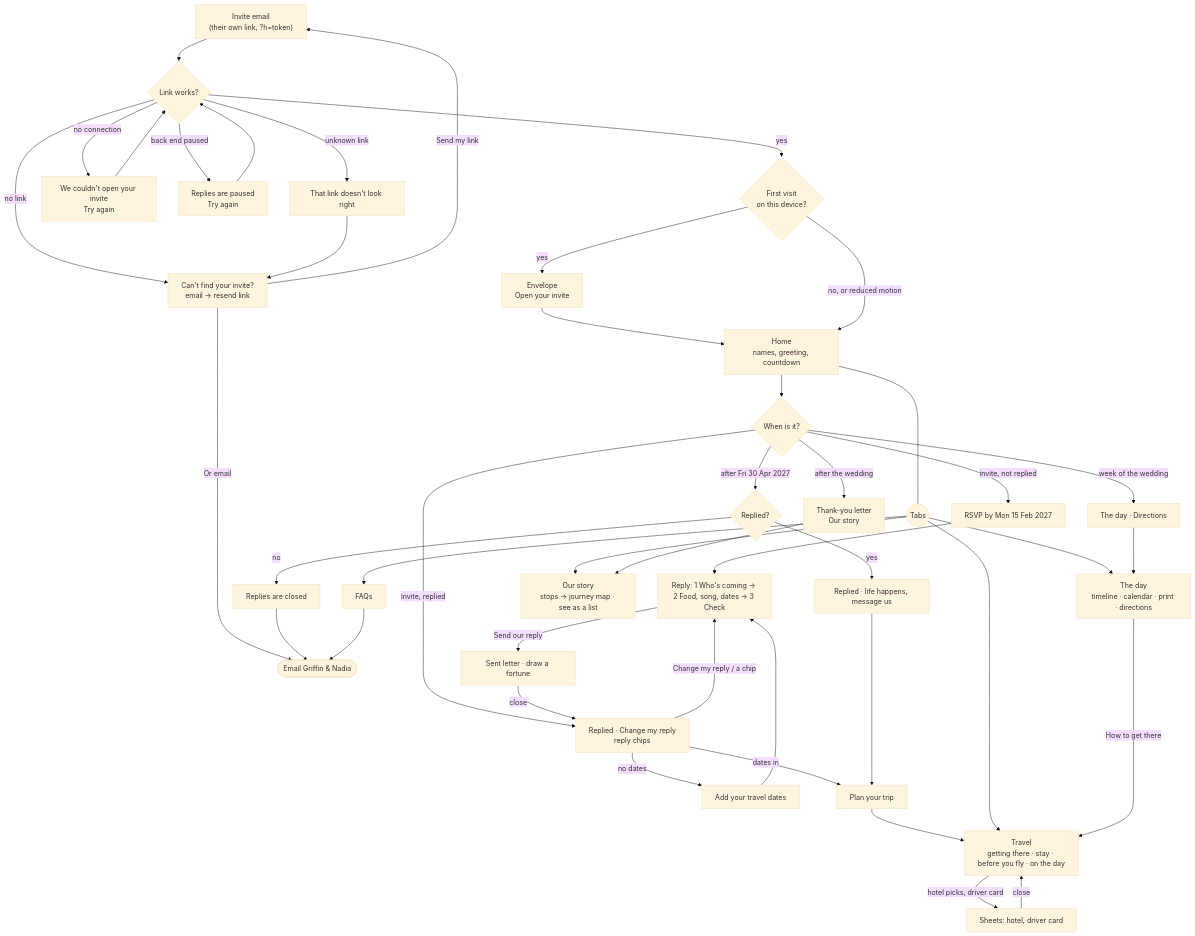
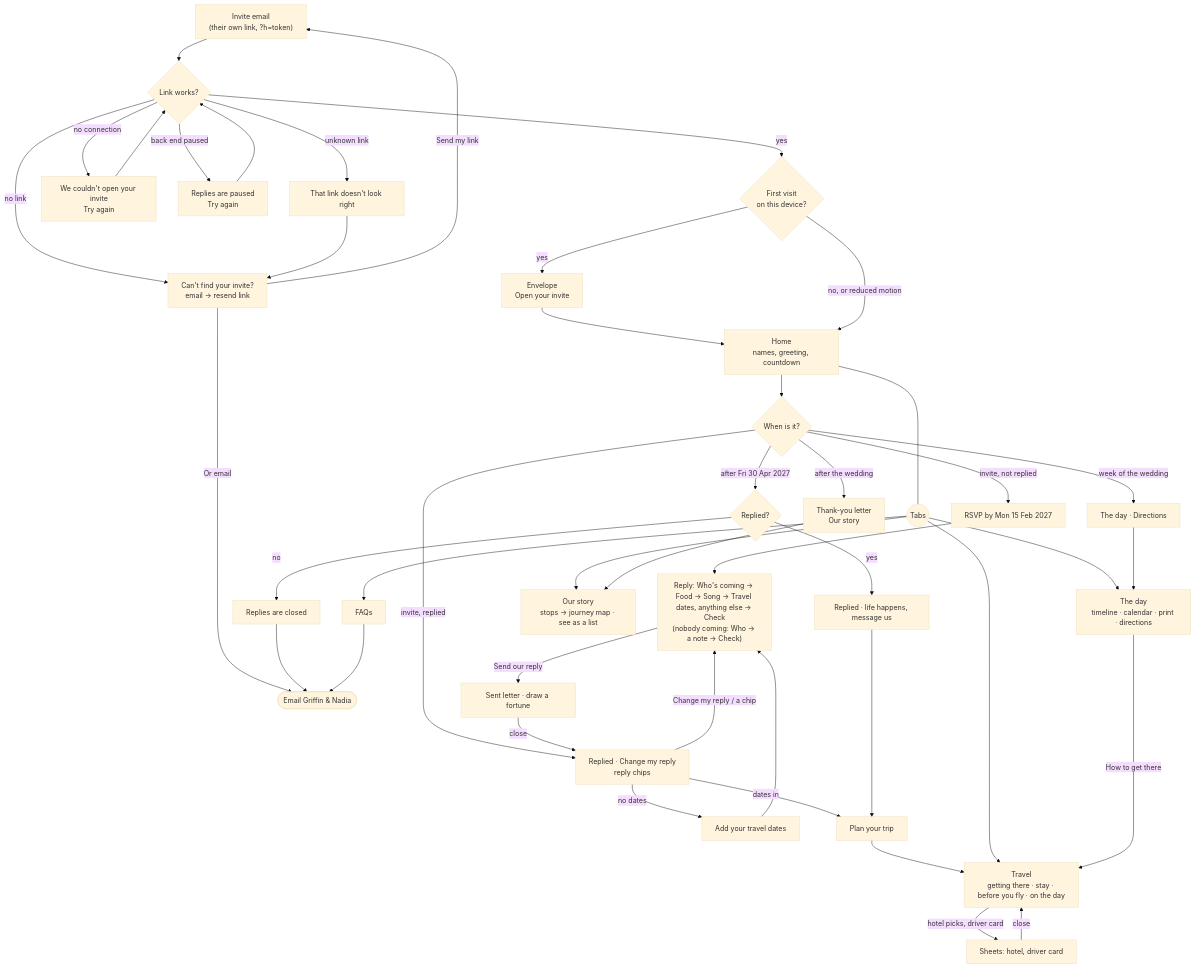
Before and after one commit to griffin-nadia/wedding: the diagram in docs/journey-map.md, drawn with Mermaid (base theme). The commit also changed other lines of this file and 3 other files, not shown here.

````diff
--- a/docs/journey-map.md
+++ b/docs/journey-map.md
@@ -6,40 +6,40 @@
 ```mermaid
 flowchart TD
   email["Invite email<br/>(their own link, ?h=token)"] --> link{Link works?}
   link -- "no link" --> notFound["Can't find your invite?<br/>email → resend link"]
   link -- "unknown link" --> unknown["That link doesn't look right"] --> notFound
   link -- "no connection" --> offline["We couldn't open your invite<br/>Try again"] --> link
   link -- "back end paused" --> paused["Replies are paused<br/>Try again"] --> link
   notFound -- "Send my link" --> email
   notFound -- "Or email" --> mail(["Email Griffin & Nadia"])
 
   link -- yes --> first{First visit<br/>on this device?}
   first -- yes --> envelope["Envelope<br/>Open your invite"] --> home
   first -- "no, or reduced motion" --> home
 
   home["Home<br/>names, greeting, countdown"] --> mode{When is it?}
   mode -- "invite, not replied" --> rsvpBtn["RSVP by Mon 15 Feb 2027"]
   mode -- "invite, replied" --> replied["Replied · Change my reply<br/>reply chips"]
   mode -- "after Fri 30 Apr 2027" --> locked{Replied?}
   mode -- "week of the wedding" --> week["The day · Directions"]
   mode -- "after the wedding" --> keepsake["Thank-you letter<br/>Our story"]
 
-  rsvpBtn --> sheet["Reply: 1 Who's coming → 2 Food, song, dates → 3 Check"]
+  rsvpBtn --> sheet["Reply: Who's coming → Food → Song → Travel dates, anything else → Check<br/>(nobody coming: Who → a note → Check)"]
   replied -- "Change my reply / a chip" --> sheet
   sheet -- "Send our reply" --> fortune["Sent letter · draw a fortune"] -- close --> replied
   replied -- "no dates" --> nextDates["Add your travel dates"] --> sheet
   replied -- "dates in" --> nextTrip["Plan your trip"] --> travel
 
   locked -- yes --> lockedYes["Replied · life happens, message us"] --> nextTrip
   locked -- no --> closed["Replies are closed"] --> mail
 
   home --- tabs((Tabs))
   tabs --> day["The day<br/>timeline · calendar · print · directions"]
   tabs --> travel["Travel<br/>getting there · stay · before you fly · on the day"]
   tabs --> story["Our story<br/>stops → journey map · see as a list"]
   tabs --> faqs["FAQs"] --> mail
   week --> day
   keepsake --> story
   travel -- "hotel picks, driver card" --> sheets["Sheets: hotel, driver card"] -- close --> travel
   day -- "How to get there" --> travel
 ```
````
